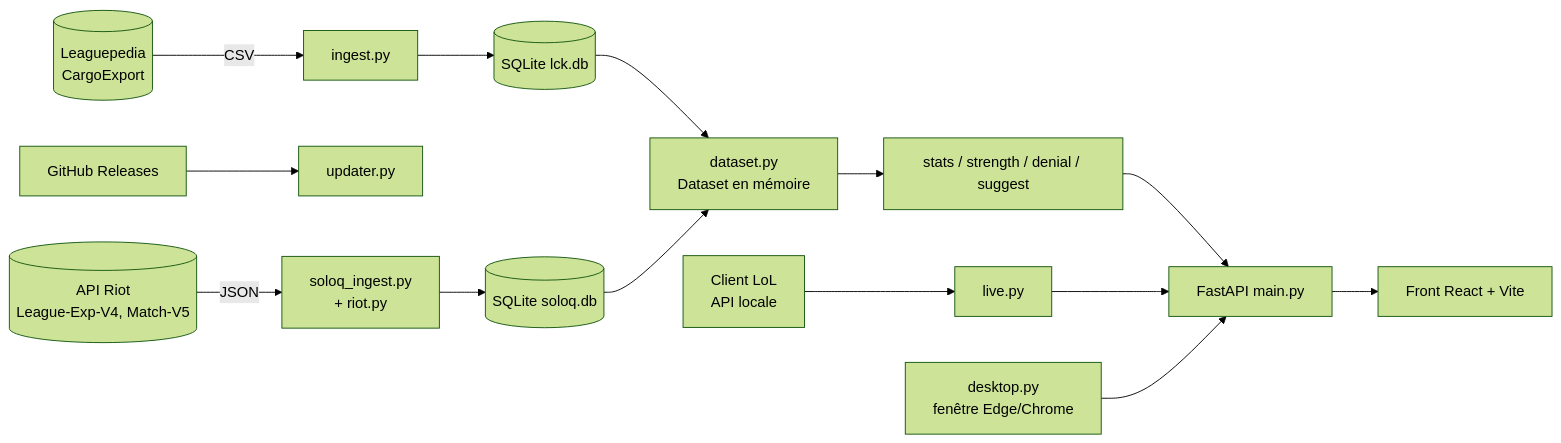
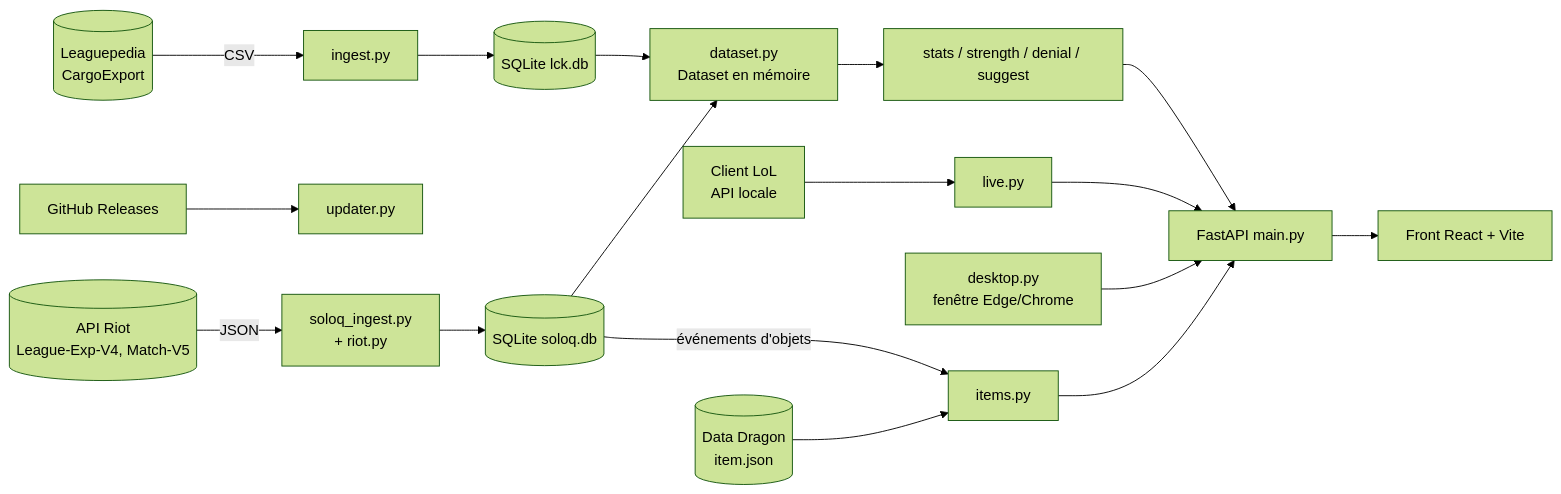
Before and after one commit to Petitclg/league-pro-comp: the first of 5 diagrams in docs/architecture.md, drawn with Mermaid (forest theme). The commit also changed other lines of this file and 2 other files, not shown here.

Commit message:
Specify item analyses for solo queue: build reconstruction, completed items, purchase order and timing, build paths, statistical guardrails and /api/items

````diff
--- a/docs/architecture.md
+++ b/docs/architecture.md
@@ -5,16 +5,19 @@
 ```mermaid
 flowchart LR
     LP[(Leaguepedia\nCargoExport)] -->|CSV| ING[ingest.py]
     ING --> DB[(SQLite lck.db)]
     DB --> DS[dataset.py\nDataset en mémoire]
     DS --> ST[stats / strength / denial / suggest]
     ST --> API[FastAPI main.py]
     API --> UI[Front React + Vite]
     LCU[Client LoL\nAPI locale] --> LIVE[live.py]
     LIVE --> API
     DESK[desktop.py\nfenêtre Edge/Chrome] --> API
     GH[GitHub Releases] --> UPD[updater.py]
     RIOT[(API Riot\nLeague-Exp-V4, Match-V5)] -->|JSON| SQI[soloq_ingest.py\n+ riot.py]
     SQI --> SQDB[(SQLite soloq.db)]
     SQDB --> DS
+    SQDB -->|événements d'objets| ITM[items.py]
+    DD[(Data Dragon\nitem.json)] --> ITM
+    ITM --> API
 ```
````
